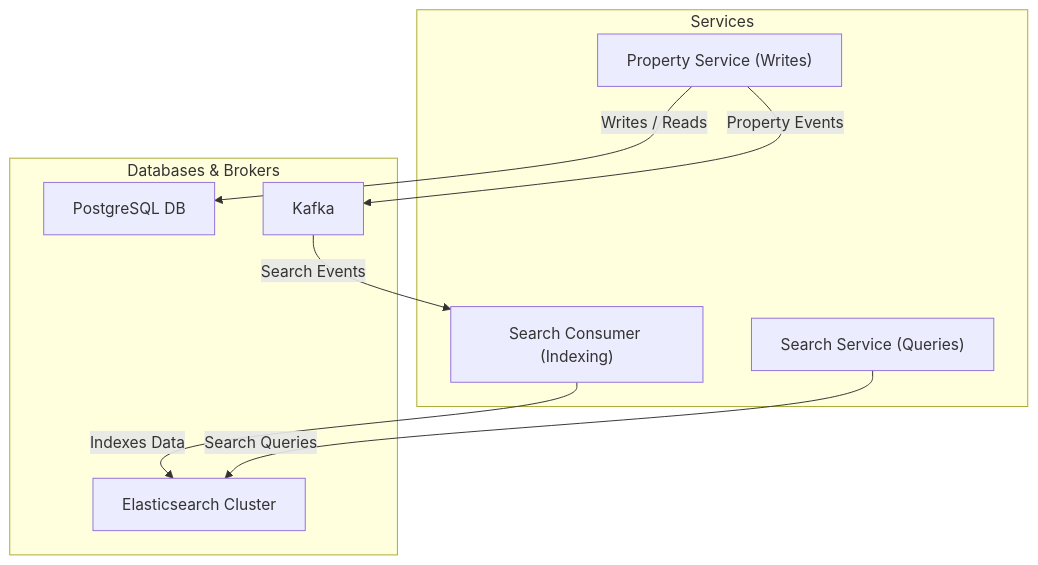
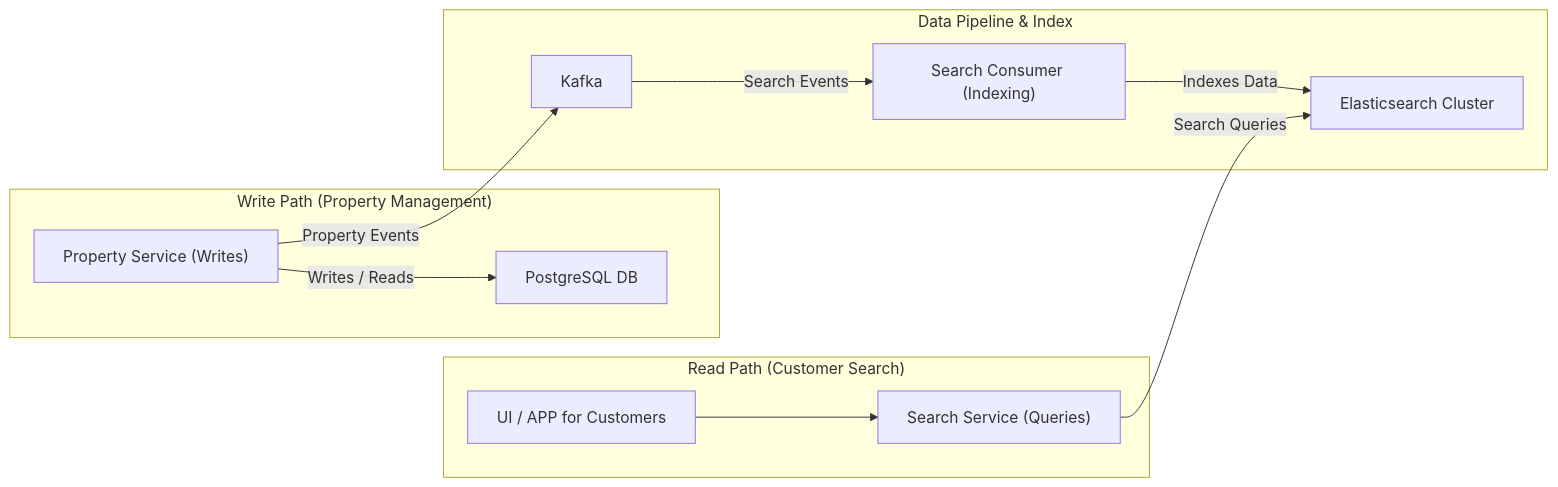
One commit to AdilAbubacker/rentezy_frontend changed the first of 2 diagrams in README.md. Above: the diagram before and after it, drawn with Mermaid.

````diff
--- a/README.md
+++ b/README.md
@@ -18,20 +18,26 @@
 ```mermaid
-graph TD
-    subgraph "Services"
+graph LR
+    subgraph "Write Path (Property Management)"
         A["Property Service (Writes)"]
-        B["Search Consumer (Indexing)"]
-        C["Search Service (Queries)"]
+        B[PostgreSQL DB]
+        A -- "Writes / Reads" --> B
     end
 
-    subgraph "Databases & Brokers"
-        D[PostgreSQL DB]
-        E[Kafka]
-        F[Elasticsearch Cluster]
+    subgraph "Read Path (Customer Search)"
+        C["UI / APP for Customers"]
+        D["Search Service (Queries)"]
+        C --> D
     end
 
-    A -- "Writes / Reads" --> D
+    subgraph "Data Pipeline & Index"
+        E[Kafka]
+        F["Search Consumer (Indexing)"]
+        G[Elasticsearch Cluster]
+        E -- "Search Events" --> F
+        F -- "Indexes Data" --> G
+    end
+
+    %% Connections Between Paths
     A -- "Property Events" --> E
-    E -- "Search Events" --> B
-    B -- "Indexes Data" --> F
-    C -- "Search Queries" --> F
+    D -- "Search Queries" --> G
 ```
````
